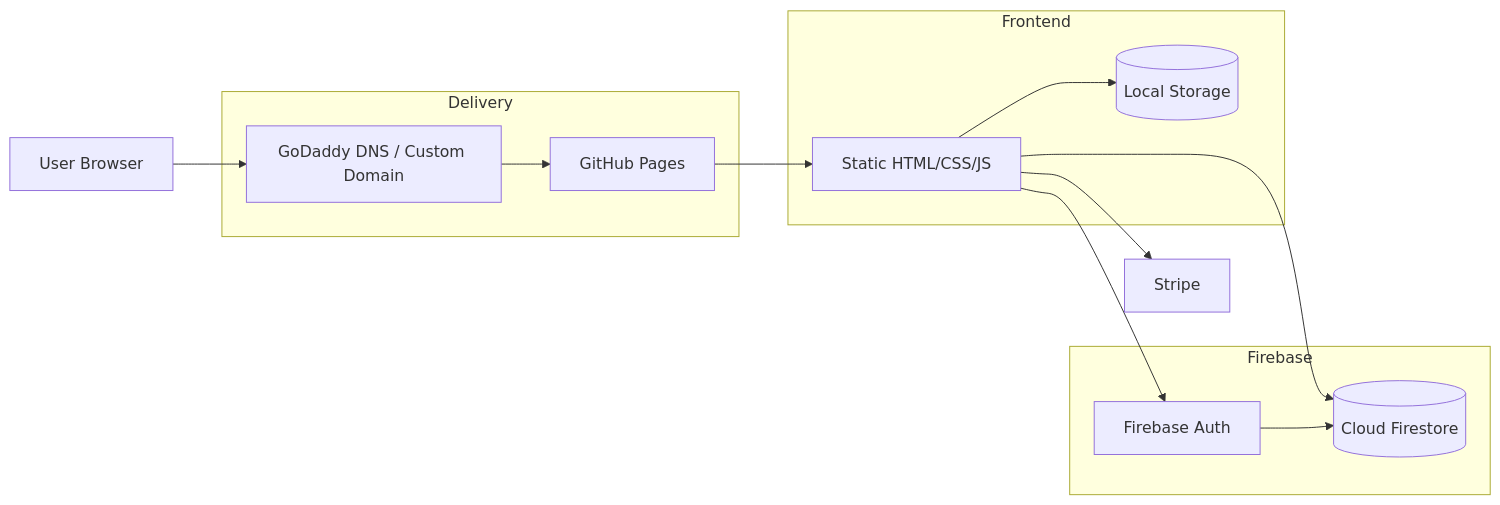
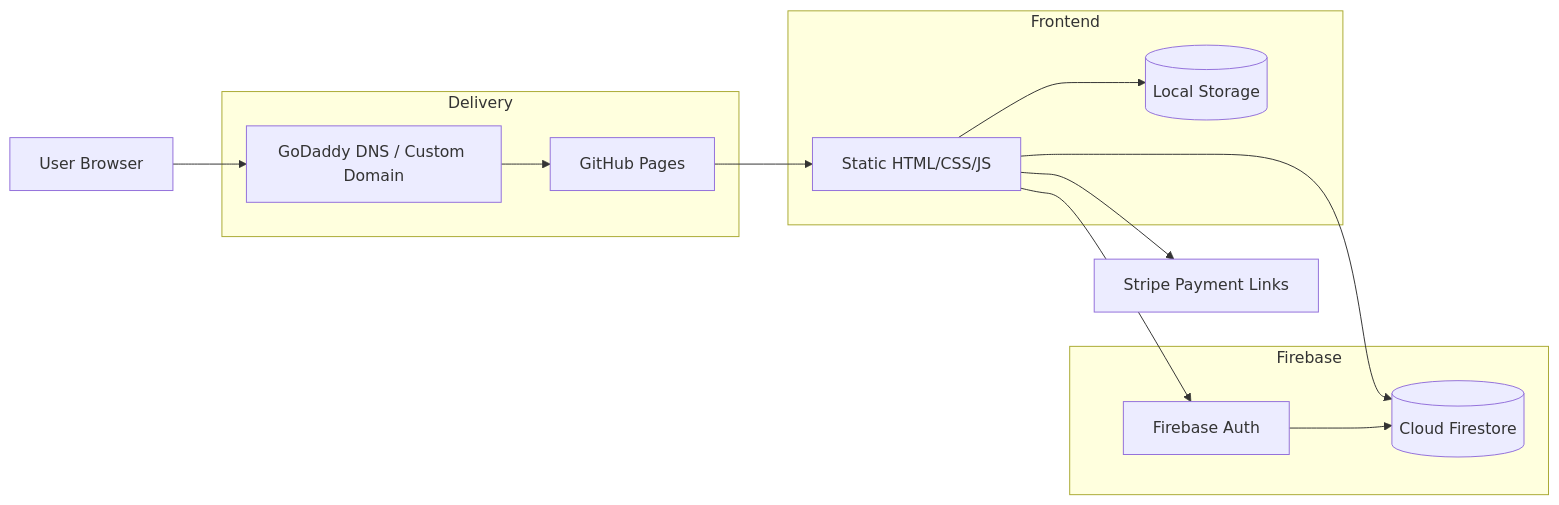
The diagram in docs/architecture/current-website-architecture.md (LinchaiTheShinigami/healthapp-website-demo), drawn with Mermaid before and after one commit. The commit also changed other lines of this file and 13 other files, not shown here.

Commit message:
add setup, architecture, and repo guidance

````diff
--- a/docs/architecture/current-website-architecture.md
+++ b/docs/architecture/current-website-architecture.md
@@ -17,32 +17,32 @@
 ```mermaid
 flowchart LR
   User[User Browser]
 
   subgraph Delivery
     DNS[GoDaddy DNS / Custom Domain]
     Pages[GitHub Pages]
   end
 
   subgraph Frontend
     UI[Static HTML/CSS/JS]
     Local[(Local Storage)]
   end
 
   subgraph Firebase
     Auth[Firebase Auth]
     DB[(Cloud Firestore)]
   end
 
-  Stripe[Stripe]
+  Stripe[Stripe Payment Links]
 
   User --> DNS
   DNS --> Pages
   Pages --> UI
 
   UI --> Auth
   UI --> DB
   UI --> Stripe
   UI --> Local
 
   Auth --> DB
 ```
````
